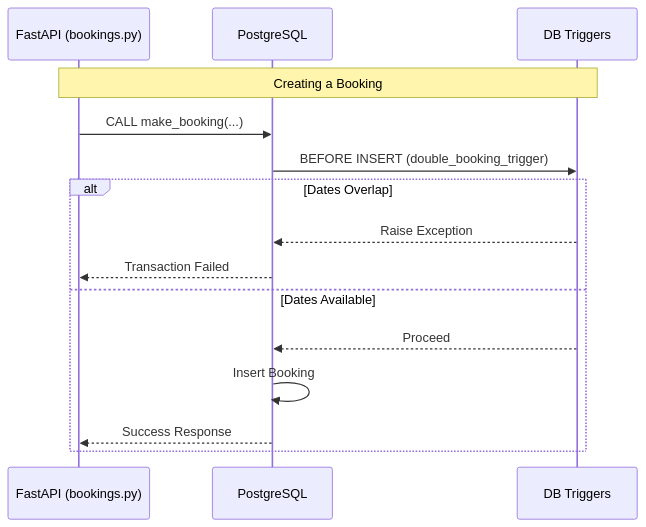
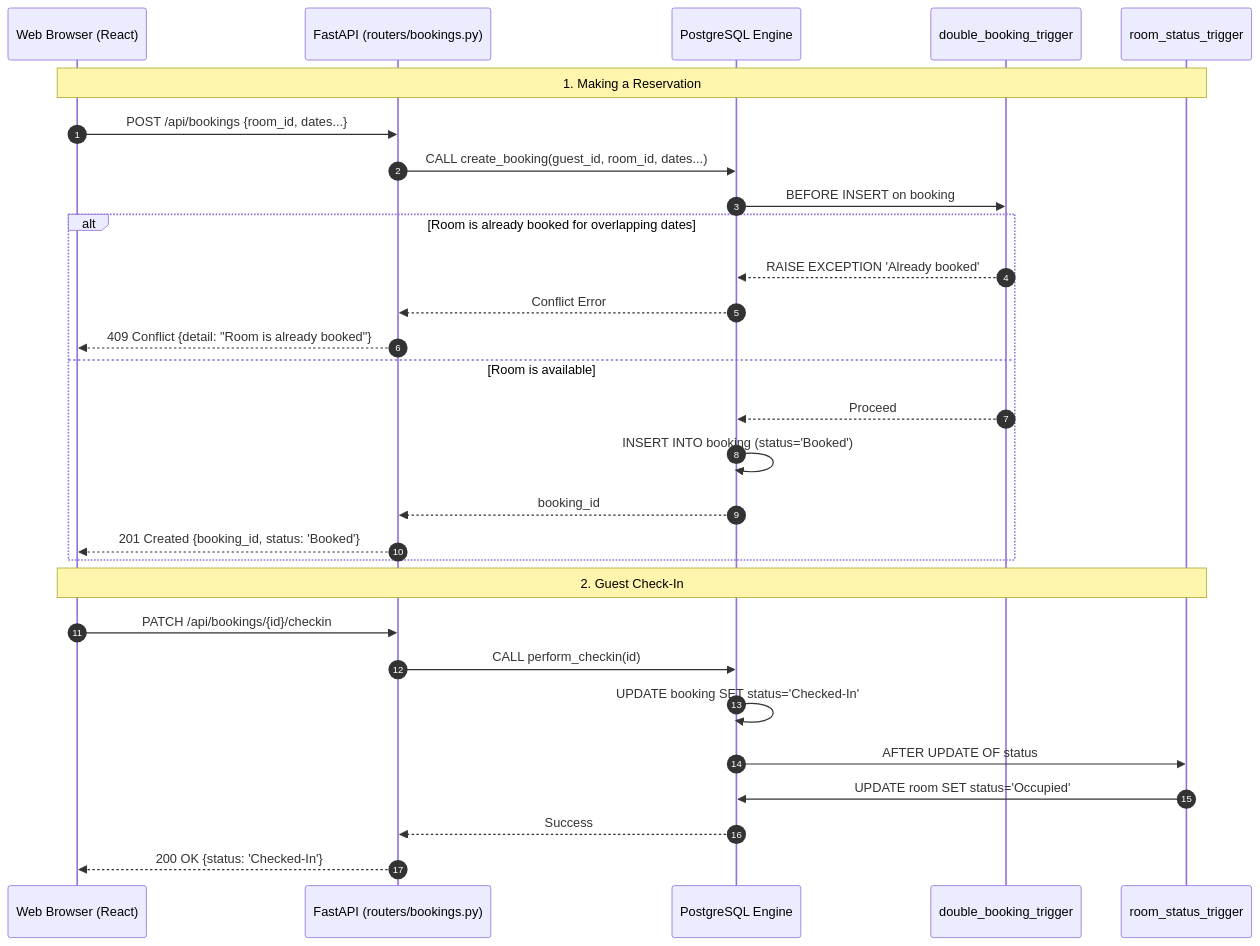
One commit to SithumDFernando/Hotel_Management_System_DB_G33 changed the diagram in docs/work/vinuji.md. Above: the diagram before and after it, drawn with Mermaid. The commit also changed other lines of this file and 8 other files, not shown here.

````diff
--- a/docs/work/vinuji.md
+++ b/docs/work/vinuji.md
@@ -19,19 +90,33 @@
 ```mermaid
 sequenceDiagram
-    participant API as FastAPI (bookings.py)
-    participant DB as PostgreSQL
-    participant Trig as DB Triggers
+    autonumber
+    participant Client as Web Browser (React)
+    participant API as FastAPI (routers/bookings.py)
+    participant DB as PostgreSQL Engine
+    participant Trig as double_booking_trigger
+    participant RoomTrig as room_status_trigger
 
-    Note over API,Trig: Creating a Booking
+    Note over Client,RoomTrig: 1. Making a Reservation
+    Client->>API: POST /api/bookings {room_id, dates...}
+    API->>DB: CALL create_booking(guest_id, room_id, dates...)
+    DB->>Trig: BEFORE INSERT on booking
+    alt Room is already booked for overlapping dates
+        Trig-->>DB: RAISE EXCEPTION 'Already booked'
+        DB-->>API: Conflict Error
+        API-->>Client: 409 Conflict {detail: "Room is already booked"}
+    else Room is available
+        Trig-->>DB: Proceed
+        DB->>DB: INSERT INTO booking (status='Booked')
+        DB-->>API: booking_id
+        API-->>Client: 201 Created {booking_id, status: 'Booked'}
+    end
 
-    API->>DB: CALL make_booking(...)
-    DB->>Trig: BEFORE INSERT (double_booking_trigger)
-    alt Dates Overlap
-        Trig-->>DB: Raise Exception
-        DB-->>API: Transaction Failed
-    else Dates Available
-        Trig-->>DB: Proceed
-        DB->>DB: Insert Booking
-        DB-->>API: Success Response
-    end
+    Note over Client,RoomTrig: 2. Guest Check-In
+    Client->>API: PATCH /api/bookings/{id}/checkin
+    API->>DB: CALL perform_checkin(id)
+    DB->>DB: UPDATE booking SET status='Checked-In'
+    DB->>RoomTrig: AFTER UPDATE OF status
+    RoomTrig->>DB: UPDATE room SET status='Occupied'
+    DB-->>API: Success
+    API-->>Client: 200 OK {status: 'Checked-In'}
 ```
````
